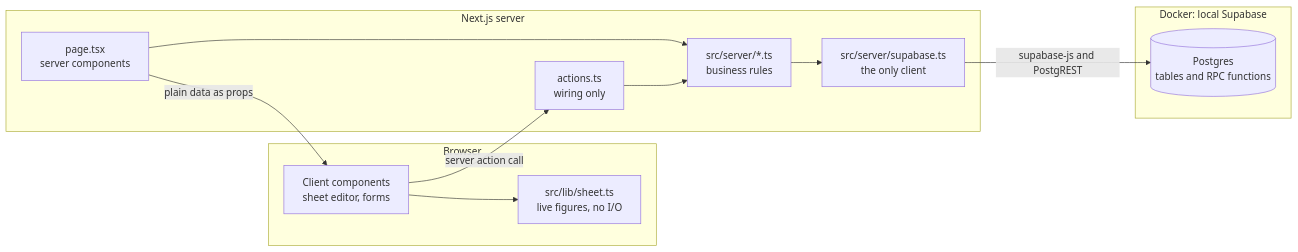
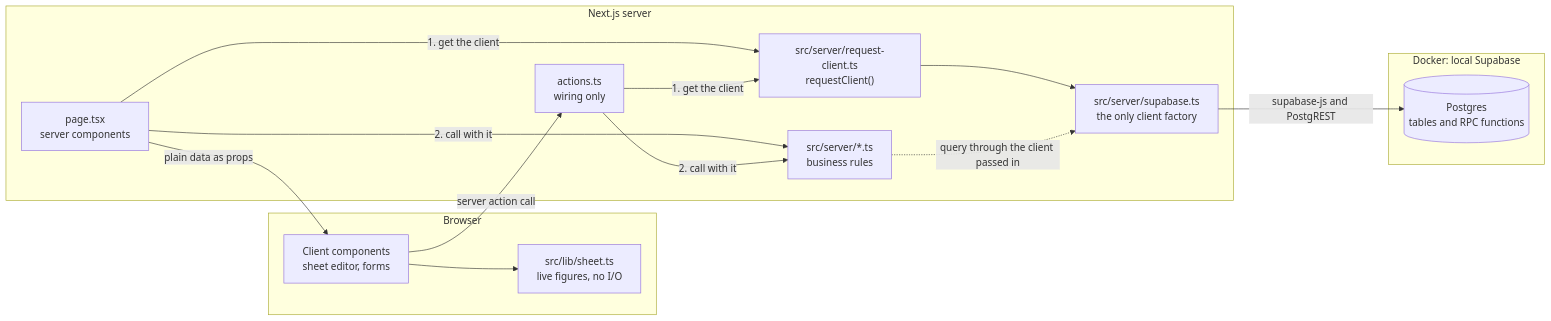
One commit to chuan-khuna/gumrai changed the diagram in docs/documents/architecture.md. Above: the diagram before and after it, drawn with Mermaid. The commit also changed other lines of this file and 22 other files, not shown here.

First line of the commit message:
refactor(server): pass the Supabase client into every operation

````diff
--- a/docs/documents/architecture.md
+++ b/docs/documents/architecture.md
@@ -5,23 +5,27 @@
 ```mermaid
 flowchart LR
 	subgraph Browser
 		client["Client components<br/>sheet editor, forms"]
 		lib["src/lib/sheet.ts<br/>live figures, no I/O"]
 		client --> lib
 	end
 	subgraph Server["Next.js server"]
 		pages["page.tsx<br/>server components"]
 		actions["actions.ts<br/>wiring only"]
+		rc["src/server/request-client.ts<br/>requestClient()"]
 		rules["src/server/*.ts<br/>business rules"]
-		sb["src/server/supabase.ts<br/>the only client"]
-		pages --> rules
-		actions --> rules
-		rules --> sb
+		sb["src/server/supabase.ts<br/>the only client factory"]
+		pages -- "1. get the client" --> rc
+		actions -- "1. get the client" --> rc
+		rc --> sb
+		pages -- "2. call with it" --> rules
+		actions -- "2. call with it" --> rules
+		rules -. "query through the client passed in" .-> sb
 	end
 	subgraph Docker["Docker: local Supabase"]
 		pg[("Postgres<br/>tables and RPC functions")]
 	end
 	client -- "server action call" --> actions
 	pages -- "plain data as props" --> client
 	sb -- "supabase-js and PostgREST" --> pg
 ```
````
